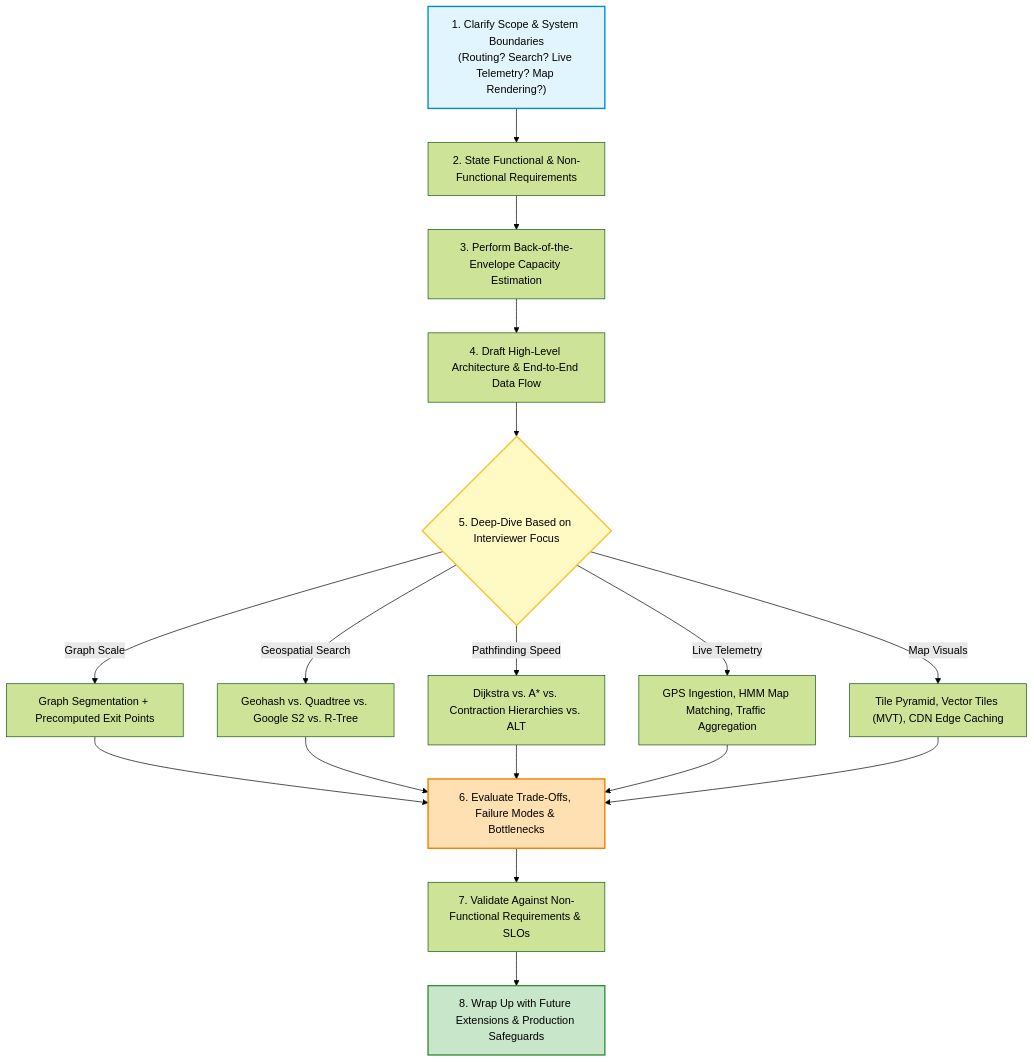
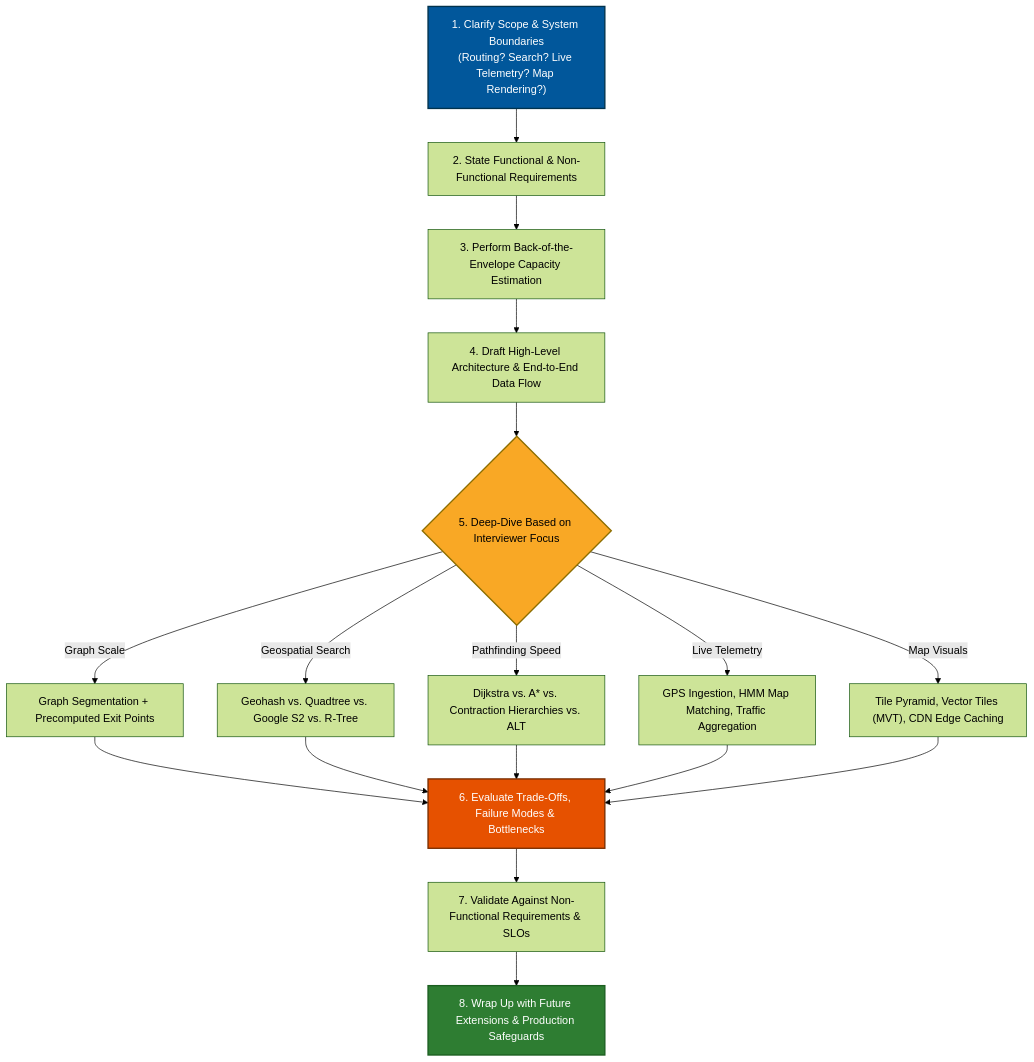
One commit to riyaz-pasha/Learnings changed the second of 27 diagrams in system-design/HLD/0-course/28-Design Google Maps-FAANG-Guide.md. Above: the diagram before and after it, drawn with Mermaid (forest theme). The commit also changed other lines of this file and 1 other file, not shown here.

First line of the commit message:
[HLD] Make Google Maps guide mermaid diagram colors theme-safe

````diff
--- a/system-design/HLD/0-course/28-Design Google Maps-FAANG-Guide.md
+++ b/system-design/HLD/0-course/28-Design Google Maps-FAANG-Guide.md
@@ -78,27 +78,27 @@
 ```mermaid
 flowchart TD
     A["1. Clarify Scope & System Boundaries<br/>(Routing? Search? Live Telemetry? Map Rendering?)"] --> B["2. State Functional & Non-Functional Requirements"]
     B --> C["3. Perform Back-of-the-Envelope Capacity Estimation"]
     C --> D["4. Draft High-Level Architecture & End-to-End Data Flow"]
     D --> E{"5. Deep-Dive Based on Interviewer Focus"}
     
     E -->|"Graph Scale"| F["Graph Segmentation + Precomputed Exit Points"]
     E -->|"Geospatial Search"| G["Geohash vs. Quadtree vs. Google S2 vs. R-Tree"]
     E -->|"Pathfinding Speed"| H["Dijkstra vs. A* vs. Contraction Hierarchies vs. ALT"]
     E -->|"Live Telemetry"| I["GPS Ingestion, HMM Map Matching, Traffic Aggregation"]
     E -->|"Map Visuals"| J["Tile Pyramid, Vector Tiles (MVT), CDN Edge Caching"]
     
     F --> K["6. Evaluate Trade-Offs, Failure Modes & Bottlenecks"]
     G --> K
     H --> K
     I --> K
     J --> K
     
     K --> L["7. Validate Against Non-Functional Requirements & SLOs"]
     L --> M["8. Wrap Up with Future Extensions & Production Safeguards"]
 
-    style A fill:#e1f5fe,stroke:#0288d1,stroke-width:2px
-    style E fill:#fff9c4,stroke:#fbc02d,stroke-width:2px
-    style K fill:#ffe0b2,stroke:#f57c00,stroke-width:2px
-    style M fill:#c8e6c9,stroke:#388e3c,stroke-width:2px
+    style A fill:#01579b,stroke:#00324d,color:#ffffff,stroke-width:2px
+    style E fill:#f9a825,stroke:#8d6e00,color:#000000,stroke-width:2px
+    style K fill:#e65100,stroke:#7a2e00,color:#ffffff,stroke-width:2px
+    style M fill:#2e7d32,stroke:#1b5e20,color:#ffffff,stroke-width:2px
 ```
````
